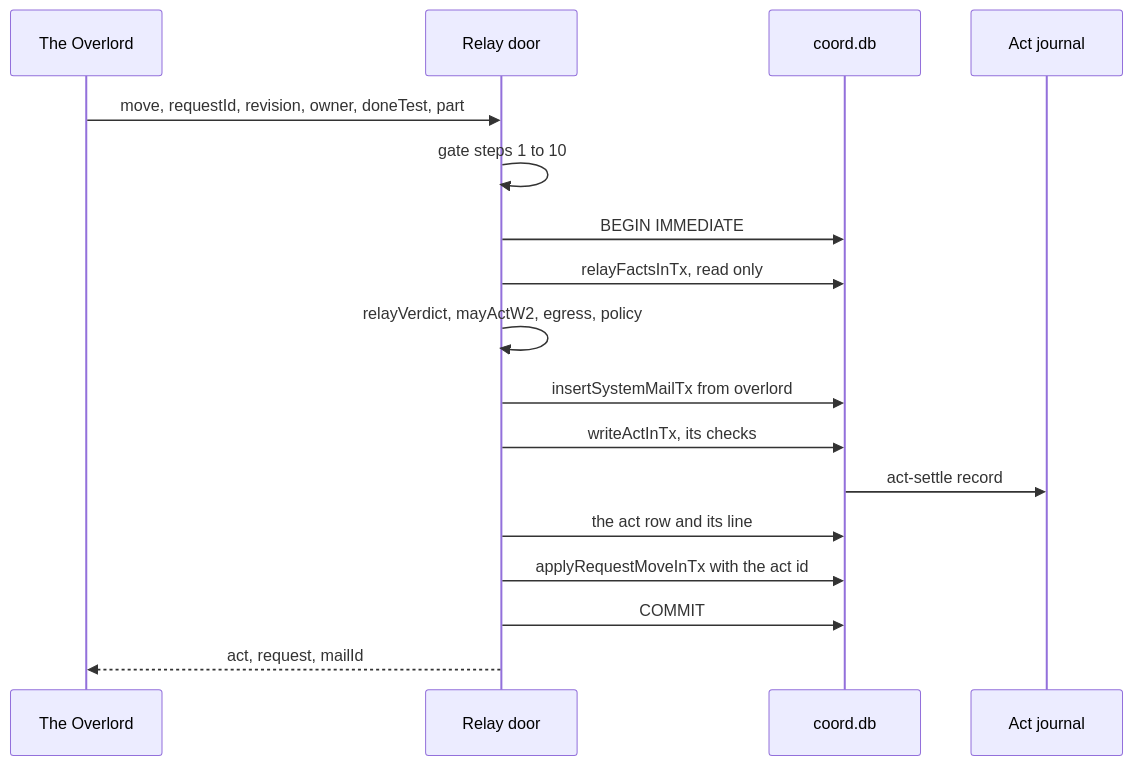
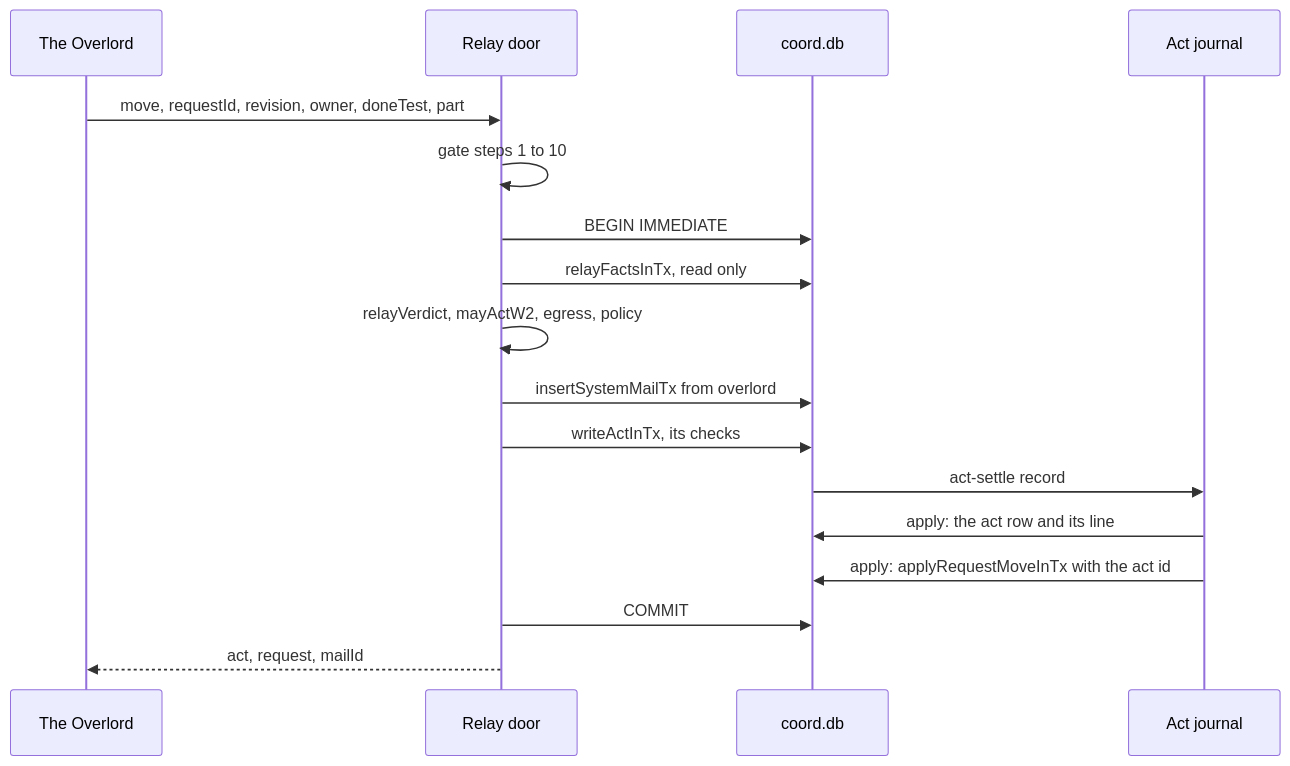
The second of 4 diagrams in docs/superpowers/plans/2026-11-16-overlord-w2/w2-relay.md (Synapsium-Labs/ccrc-pwa), drawn with Mermaid before and after one commit. The commit also changed other lines of this file, not shown here.

````diff
--- a/docs/superpowers/plans/2026-11-16-overlord-w2/w2-relay.md
+++ b/docs/superpowers/plans/2026-11-16-overlord-w2/w2-relay.md
@@ -428,19 +511,19 @@
 ```mermaid
 sequenceDiagram
   participant O as The Overlord
   participant D as Relay door
   participant C as coord.db
   participant J as Act journal
   O->>D: move, requestId, revision, owner, doneTest, part
   D->>D: gate steps 1 to 10
   D->>C: BEGIN IMMEDIATE
   D->>C: relayFactsInTx, read only
   D->>D: relayVerdict, mayActW2, egress, policy
   D->>C: insertSystemMailTx from overlord
   D->>C: writeActInTx, its checks
   C->>J: act-settle record
-  D->>C: the act row and its line
-  D->>C: applyRequestMoveInTx with the act id
+  J->>C: apply: the act row and its line
+  J->>C: apply: applyRequestMoveInTx with the act id
   D->>C: COMMIT
   D-->>O: act, request, mailId
 ```
````
